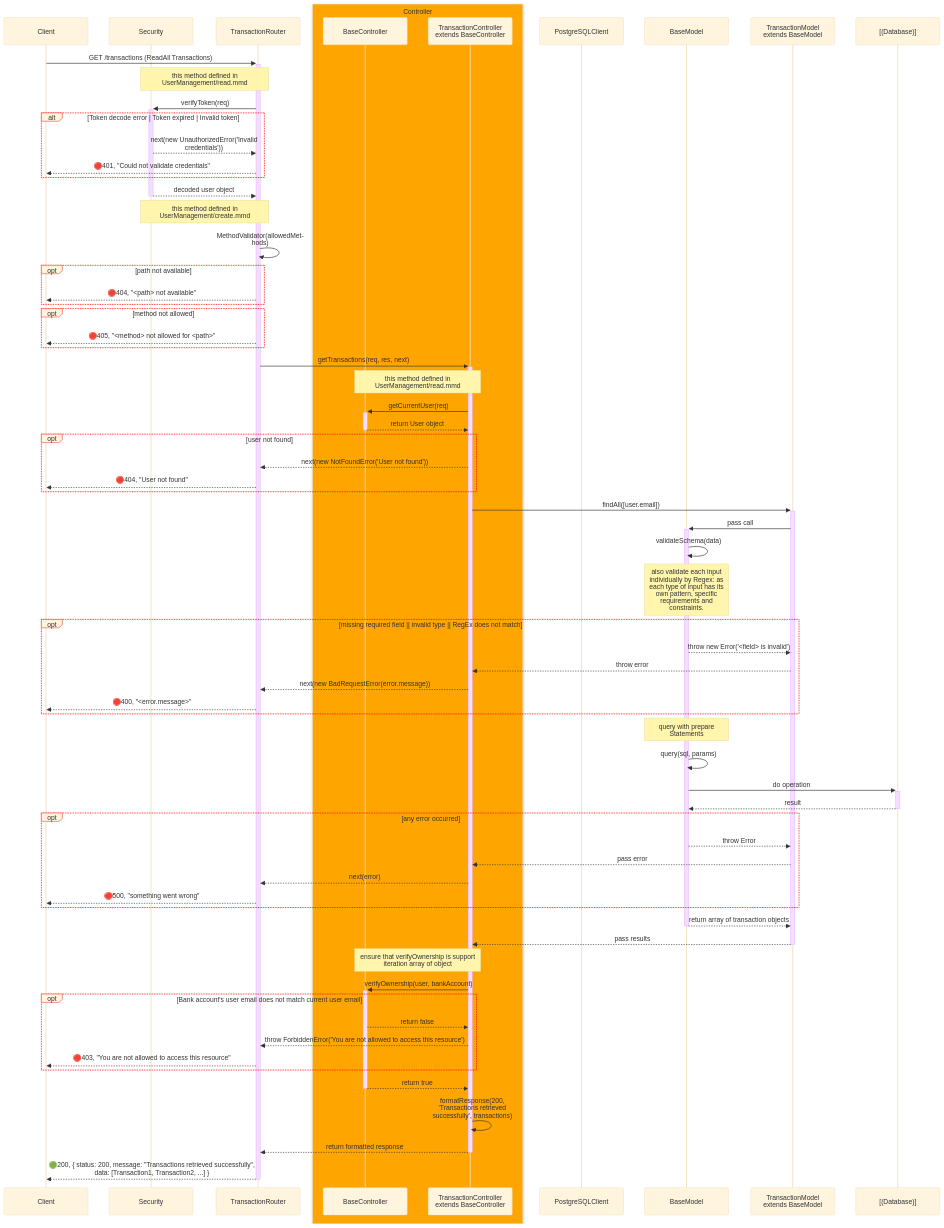
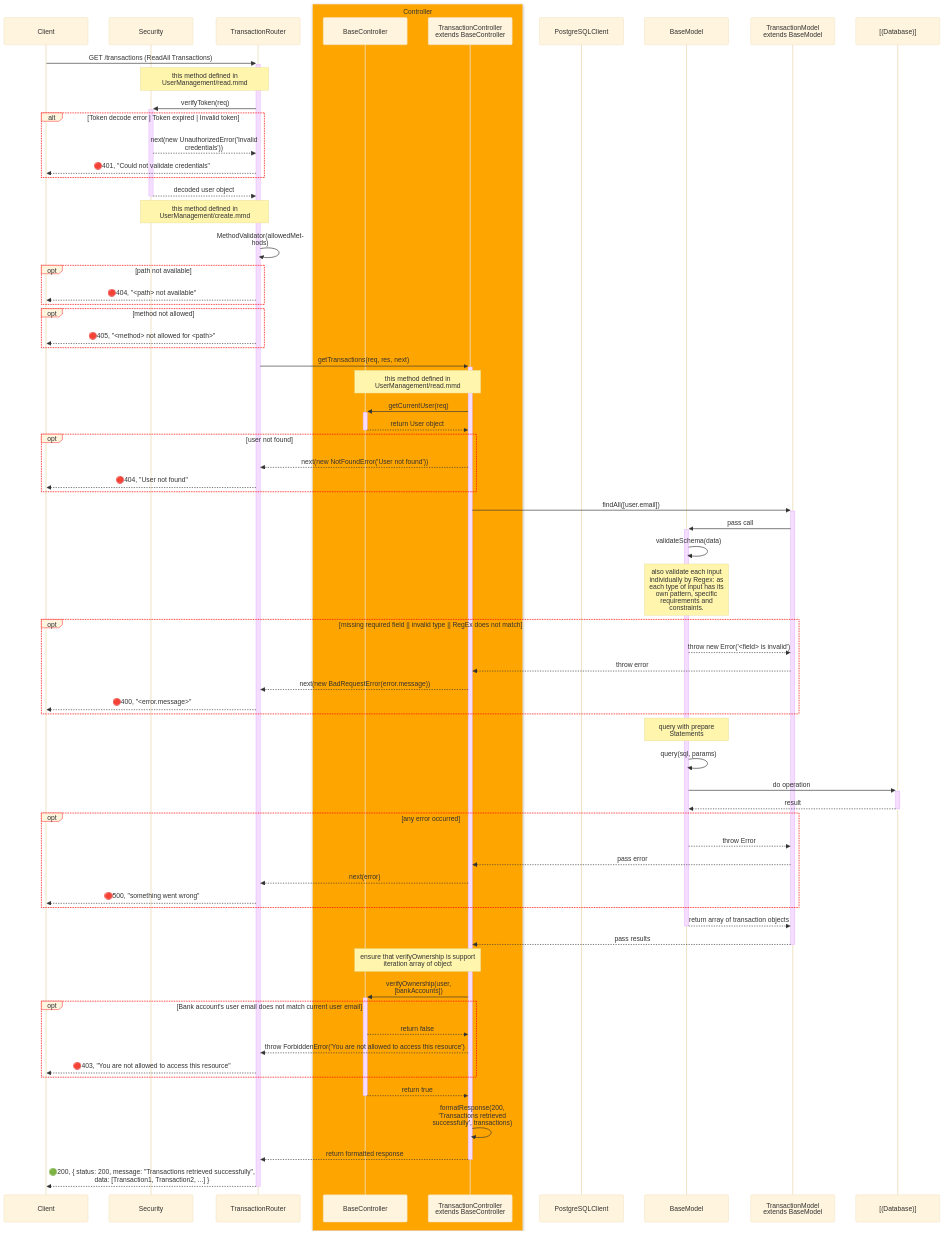
Before and after one commit to SawatKia/WealthTracking: the diagram in design/newClassesDesign/IncomeExpenseManagement/IeReadAll.mmd, drawn with Mermaid. The commit also changed 15 other files, not shown here.

Commit message:
update debt diagrams

```diff
--- a/design/newClassesDesign/IncomeExpenseManagement/IeReadAll.mmd
+++ b/design/newClassesDesign/IncomeExpenseManagement/IeReadAll.mmd
@@ -1,89 +1,89 @@
 %%{
     init: {
         "theme":"base",
         "themeVariables": {
             'labelBoxBorderColor': '#ff0000'
         },
         "sequence": { 
             "wrap": true, 
             "width": 200 
         } 
     }
 }%%
 sequenceDiagram
     participant Client
     participant Sec as Security
     participant Router as TransactionRouter
     box orange Controller
         participant BaseCont as BaseController
         participant Cont as TransactionController extends BaseController
     end
     participant PGClient as PostgreSQLClient
     participant BaseModel as BaseModel 
     participant Model as TransactionModel extends BaseModel
     participant DB as [(Database)]
 
     Client->>+Router: GET /transactions (ReadAll Transactions)
     Note over Sec, Router: this method defined in UserManagement/read.mmd
     Router->>+Sec: verifyToken(req)
     alt Token decode error | Token expired | Invalid token
         Sec-->>Router: next(new UnauthorizedError('Invalid credentials'))
         Router-->>Client: 🔴401, "Could not validate credentials"
     end
     Sec-->>-Router: decoded user object 
 
     Note over Sec, Router: this method defined in UserManagement/create.mmd
     Router->>Router: MethodValidator(allowedMethods)
     opt path not available
         Router-->>Client: 🔴404, "<path> not available"
     end
     opt method not allowed
         Router-->>Client: 🔴405, "<method> not allowed for <path>"
     end
 
     Router->>+Cont: getTransactions(req, res, next)
     Note over Cont, BaseCont: this method defined in UserManagement/read.mmd
     Cont->>+BaseCont: getCurrentUser(req)
     BaseCont-->>-Cont: return User object
     opt user not found
         Cont-->>Router: next(new NotFoundError('User not found'))
         Router-->>Client: 🔴404, "User not found"
     end
 
     Cont->>+Model: findAll([user.email])
     Model->>+BaseModel: pass call
 
     BaseModel->>BaseModel: validateSchema(data) 
     Note over BaseModel: also validate each input individually by Regex: as each type of input has its own pattern, specific requirements and constraints.
     opt missing required field || invalid type || RegEx does not match
         BaseModel-->>Model: throw new Error('<field> is invalid')
         Model-->>Cont: throw error
         Cont-->>Router: next(new BadRequestError(error.message))
         Router-->>Client: 🔴400, "<error.message>"
     end
 
     Note over BaseModel: query with prepare Statements
     BaseModel->>BaseModel: query(sql, params)
     BaseModel->>+DB: do operation
     DB-->>-BaseModel: result
     opt any error occurred
         BaseModel-->>Model: throw Error
         Model-->>Cont: pass error
         Cont-->>Router: next(error)
         Router-->>Client: 🔴500, "something went wrong"
     end
     BaseModel-->>-Model: return array of transaction objects
     Model-->>-Cont: pass results
 
     Note over Cont, BaseCont: ensure that verifyOwnership is support iteration array of object
-    Cont->>+BaseCont: verifyOwnership(user, bankAccount)
+    Cont->>+BaseCont: verifyOwnership(user, [bankAccounts])
     opt Bank account's user email does not match current user email
         BaseCont-->>Cont: return false
         Cont-->>Router: throw ForbiddenError('You are not allowed to access this resource')
         Router-->>Client: 🔴403, "You are not allowed to access this resource"
     end
     BaseCont-->>-Cont: return true
 
     Cont->>Cont: formatResponse(200, 'Transactions retrieved successfully', transactions)
     Cont-->>-Router: return formatted response
     Router-->>-Client: 🟢200, { status: 200, message: "Transactions retrieved successfully", data: [Transaction1, Transaction2, ...] }
```
